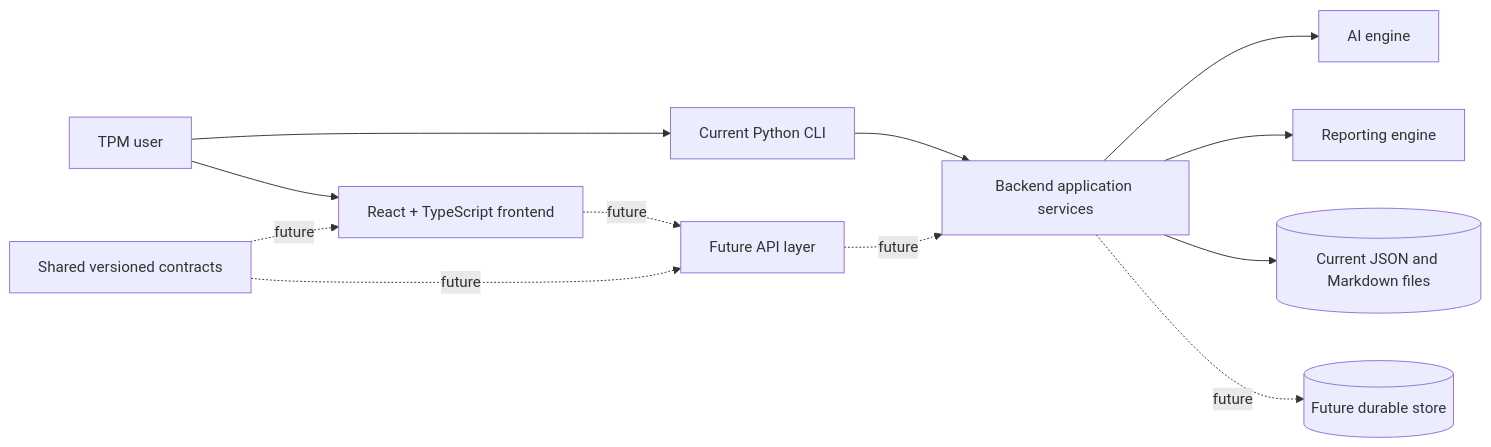
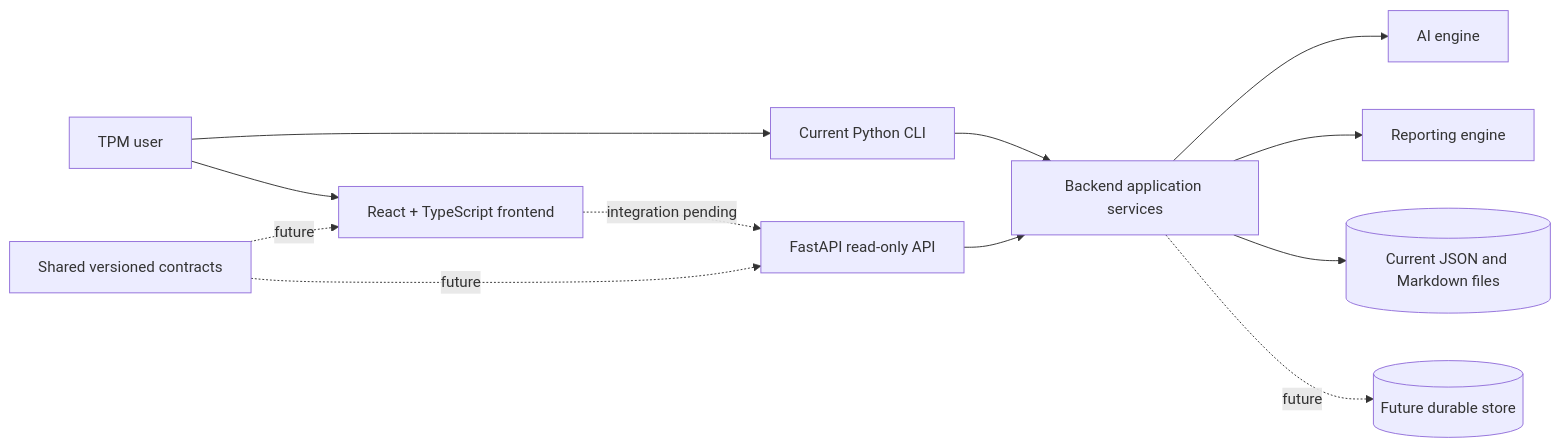
The diagram in docs/ARCHITECTURE.md (pmp-jjimenez/TPM-AI-Agent), drawn with Mermaid before and after one commit. The commit also changed other lines of this file and 15 other files, not shown here.

````diff
--- a/docs/ARCHITECTURE.md
+++ b/docs/ARCHITECTURE.md
@@ -19,25 +19,25 @@
 ```mermaid
 flowchart LR
     User[TPM user]
     CLI[Current Python CLI]
     Web[React + TypeScript frontend]
-    API[Future API layer]
+    API[FastAPI read-only API]
     Services[Backend application services]
     AI[AI engine]
     Reports[Reporting engine]
     Store[(Future durable store)]
     Files[(Current JSON and Markdown files)]
     Contracts[Shared versioned contracts]
 
     User --> CLI
     User --> Web
     CLI --> Services
-    Web -. future .-> API
-    API -. future .-> Services
+    Web -. integration pending .-> API
+    API --> Services
     Services --> AI
     Services --> Reports
     Services --> Files
     Services -. future .-> Store
     Contracts -. future .-> API
     Contracts -. future .-> Web
 ```
````
